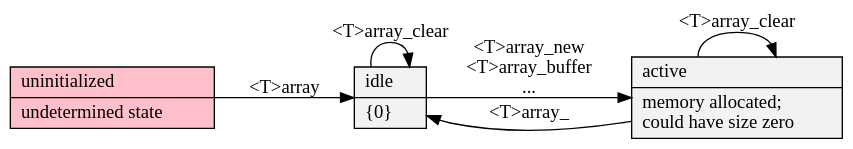
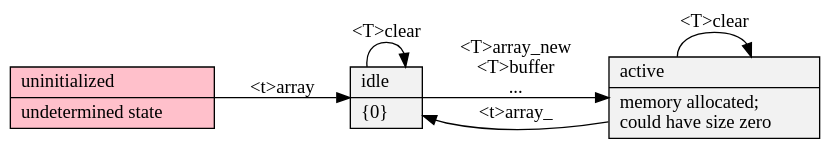
The diagram in doc/array/states.gv (neil-edelman/boxes), drawn with Graphviz before and after one commit. The commit also changed 11 other files, not shown here.

```diff
--- a/doc/array/states.gv
+++ b/doc/array/states.gv
@@ -1,13 +1,13 @@
 digraph {
 	graph [rankdir=LR, truecolor=true, bgcolor=transparent, fontname="Bitstream Vera Sans"];
 	node [shape=record, style=filled, fillcolor="Grey95", fontname="Bitstream Vera Sans"];
 	edge [fontname="Bitstream Vera Sans"];
 	null [label = "uninitialized\l|undetermined state\l", fillcolor = pink];
 	static [label = "idle\l|\{0\}\l"];
 	dynamic [label = "active\l|memory allocated;\lcould have size zero\l"];
-	null -> static [label = "<T>array"];
-	static -> dynamic [label = "<T>array_new\n<T>array_buffer\n..."];
-	dynamic -> static [label = "<T>array_"];
-	static -> static [label = "<T>array_clear"]
-	dynamic -> dynamic [label = "<T>array_clear"]
+	null -> static [label = "<t>array"];
+	static -> dynamic [label = "<T>array_new\n<T>buffer\n..."];
+	dynamic -> static [label = "<t>array_"];
+	static -> static [label = "<T>clear"]
+	dynamic -> dynamic [label = "<T>clear"]
 }
```
